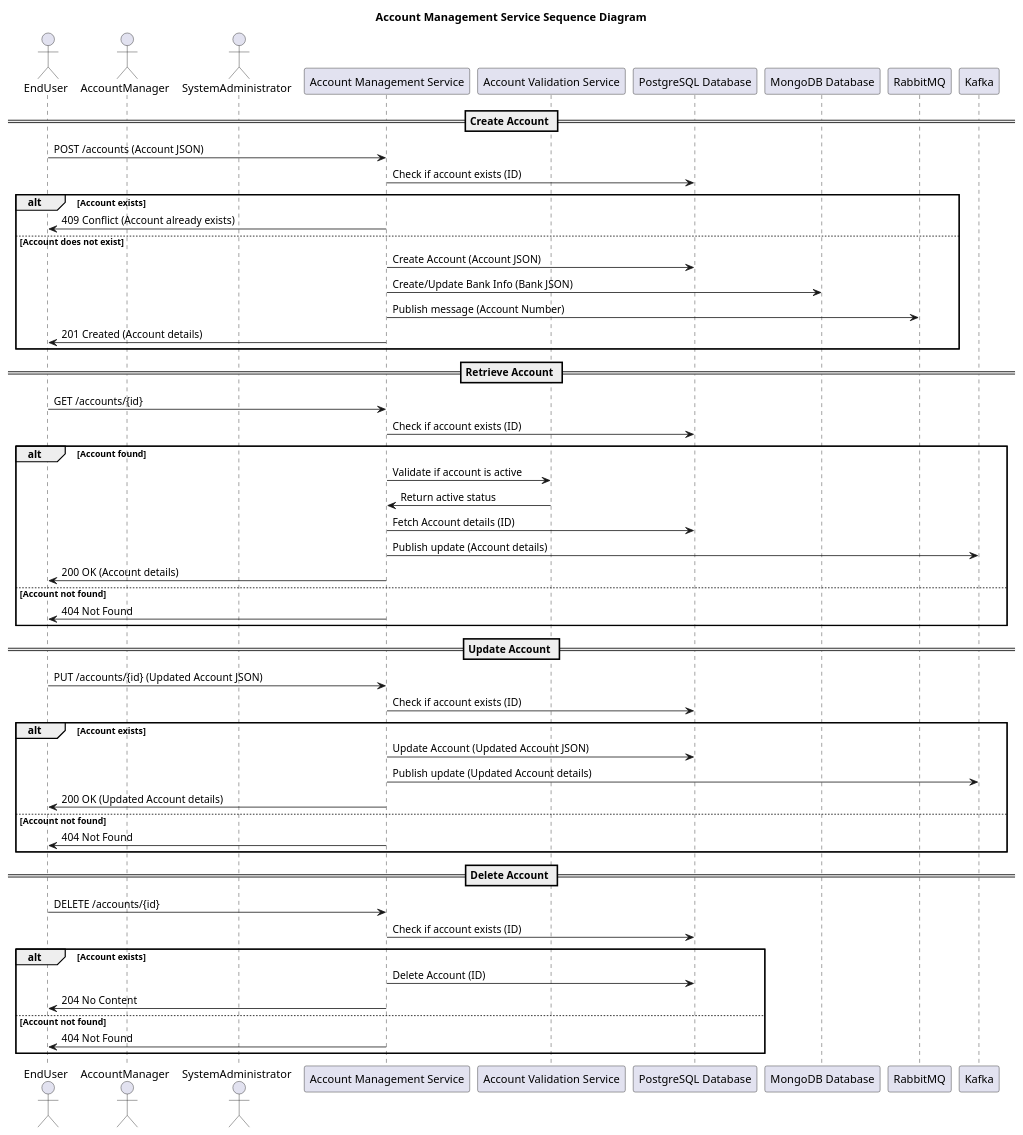
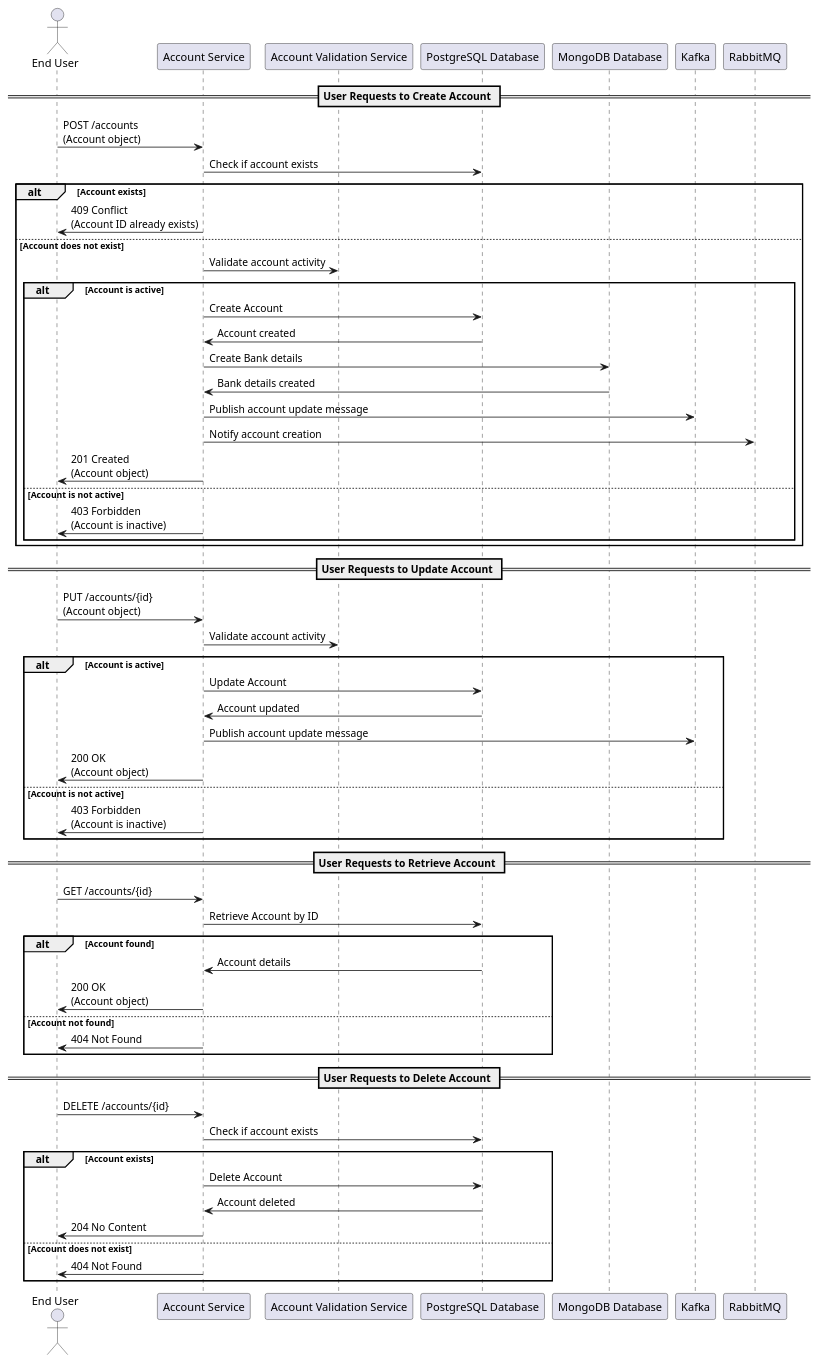
One commit to Bhaskar-Pavan/AccountService changed the diagram in design_document/Account_service.md. Above: the diagram before and after it, drawn with PlantUML. The commit also changed other lines of this file, not shown here.

````diff
--- a/design_document/Account_service.md
+++ b/design_document/Account_service.md
@@ -40,63 +37,65 @@
 ```plantuml
 @startuml
+actor "End User" as User
+participant "Account Service" as AccountService
+participant "Account Validation Service" as ValidationService
+participant "PostgreSQL Database" as PostgreSQL
+participant "MongoDB Database" as MongoDB
+participant "Kafka" as Kafka
+participant "RabbitMQ" as RabbitMQ
 
-title Account Management Service Sequence Diagram
-
-actor EndUser as User
-actor AccountManager as Manager
-actor SystemAdministrator as Admin
-participant "Account Management Service" as Service
-participant "Account Validation Service" as ValidationService
-participant "PostgreSQL Database" as PostgresDB
-participant "MongoDB Database" as MongoDB
-participant "RabbitMQ" as RabbitMQ
-participant "Kafka" as Kafka
-
-== Create Account ==
-User -> Service: POST /accounts (Account JSON)
-Service -> PostgresDB: Check if account exists (ID)
+== User Requests to Create Account ==
+User -> AccountService : POST /accounts\n(Account object)
+AccountService -> PostgreSQL : Check if account exists
 alt Account exists
-    Service -> User: 409 Conflict (Account already exists)
+    AccountService -> User : 409 Conflict\n(Account ID already exists)
 else Account does not exist
-    Service -> PostgresDB: Create Account (Account JSON)
-    Service -> MongoDB: Create/Update Bank Info (Bank JSON)
-    Service -> RabbitMQ: Publish message (Account Number)
-    Service -> User: 201 Created (Account details)
+    AccountService -> ValidationService : Validate account activity
+    alt Account is active
+        AccountService -> PostgreSQL : Create Account
+        PostgreSQL -> AccountService : Account created
+        AccountService -> MongoDB : Create Bank details
+        MongoDB -> AccountService : Bank details created
+        AccountService -> Kafka : Publish account update message
+        AccountService -> RabbitMQ : Notify account creation
+        AccountService -> User : 201 Created\n(Account object)
+    else Account is not active
+        AccountService -> User : 403 Forbidden\n(Account is inactive)
+    end
 end
 
-== Retrieve Account ==
-User -> Service: GET /accounts/{id}
-Service -> PostgresDB: Check if account exists (ID)
-alt Account found
-    Service -> ValidationService: Validate if account is active
-    ValidationService -> Service: Return active status
-    Service -> PostgresDB: Fetch Account details (ID)
-    Service -> Kafka: Publish update (Account details)
-    Service -> User: 200 OK (Account details)
-else Account not found
-    Service -> User: 404 Not Found
+== User Requests to Update Account ==
+User -> AccountService : PUT /accounts/{id}\n(Account object)
+AccountService -> ValidationService : Validate account activity
+alt Account is active
+    AccountService -> PostgreSQL : Update Account
+    PostgreSQL -> AccountService : Account updated
+    AccountService -> Kafka : Publish account update message
+    AccountService -> User : 200 OK\n(Account object)
+else Account is not active
+    AccountService -> User : 403 Forbidden\n(Account is inactive)
 end
 
-== Update Account ==
-User -> Service: PUT /accounts/{id} (Updated Account JSON)
-Service -> PostgresDB: Check if account exists (ID)
-alt Account exists
-    Service -> PostgresDB: Update Account (Updated Account JSON)
-    Service -> Kafka: Publish update (Updated Account details)
-    Service -> User: 200 OK (Updated Account details)
+== User Requests to Retrieve Account ==
+User -> AccountService : GET /accounts/{id}
+AccountService -> PostgreSQL : Retrieve Account by ID
+alt Account found
+    PostgreSQL -> AccountService : Account details
+    AccountService -> User : 200 OK\n(Account object)
 else Account not found
-    Service -> User: 404 Not Found
+    AccountService -> User : 404 Not Found
 end
 
-== Delete Account ==
-User -> Service: DELETE /accounts/{id}
-Service -> PostgresDB: Check if account exists (ID)
+== User Requests to Delete Account ==
+User -> AccountService : DELETE /accounts/{id}
+AccountService -> PostgreSQL : Check if account exists
 alt Account exists
-    Service -> PostgresDB: Delete Account (ID)
-    Service -> User: 204 No Content
-else Account not found
-    Service -> User: 404 Not Found
+    AccountService -> PostgreSQL : Delete Account
+    PostgreSQL -> AccountService : Account deleted
+    AccountService -> User : 204 No Content
+else Account does not exist
+    AccountService -> User : 404 Not Found
 end
 
 @enduml
 ```
````
